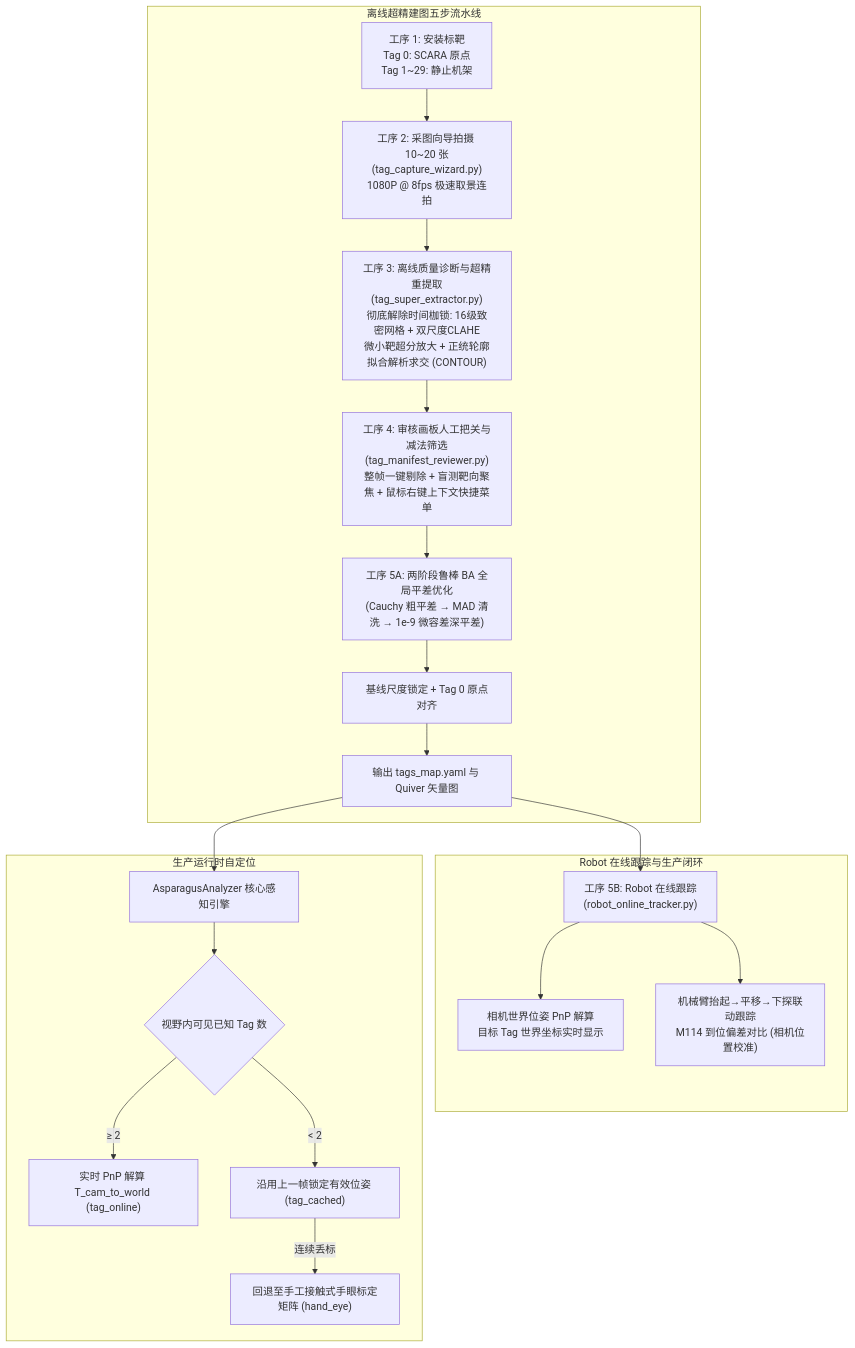
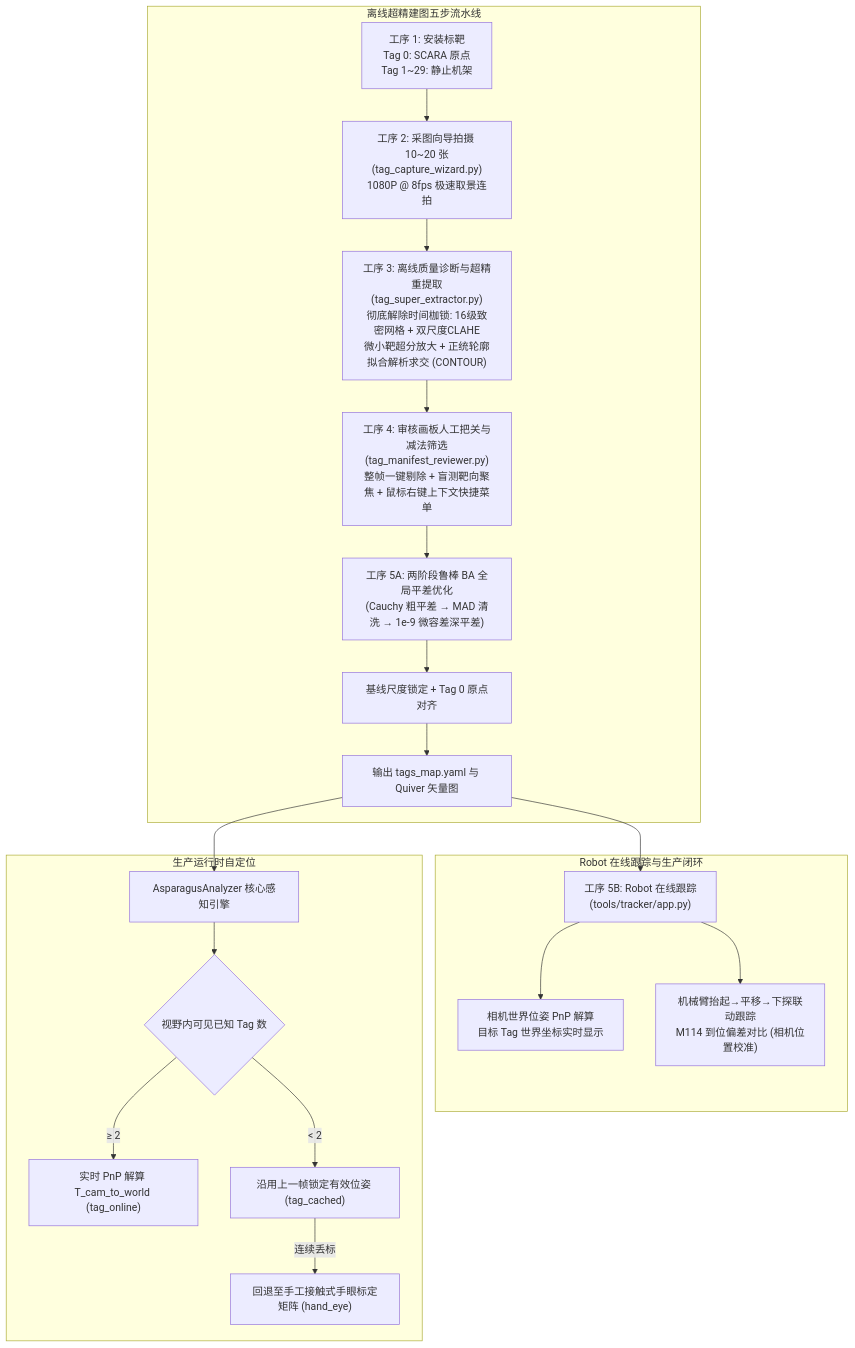
The diagram in docs/apriltag_calibration.md (voicevon/flux_vision_3d), drawn with Mermaid before and after one commit. The commit also changed other lines of this file and 25 other files, not shown here.

````diff
--- a/docs/apriltag_calibration.md
+++ b/docs/apriltag_calibration.md
@@ -103,25 +103,25 @@
 ```mermaid
 graph TD
     subgraph 离线超精建图五步流水线
         A["工序 1: 安装标靶<br>Tag 0: SCARA 原点<br>Tag 1~29: 静止机架"] --> B["工序 2: 采图向导拍摄 10~20 张<br>(tag_capture_wizard.py)<br>1080P @ 8fps 极速取景连拍"]
         B --> C["工序 3: 离线质量诊断与超精重提取<br>(tag_super_extractor.py)<br>彻底解除时间枷锁: 16级致密网格 + 双尺度CLAHE<br>微小靶超分放大 + 正统轮廓拟合解析求交 (CONTOUR)"]
         C --> D["工序 4: 审核画板人工把关与减法筛选<br>(tag_manifest_reviewer.py)<br>整帧一键剔除 + 盲测靶向聚焦 + 鼠标右键上下文快捷菜单"]
         D --> E["工序 5A: 两阶段鲁棒 BA 全局平差优化<br>(Cauchy 粗平差 → MAD 清洗 → 1e-9 微容差深平差)"]
         E --> F["基线尺度锁定 + Tag 0 原点对齐"]
         F --> G["输出 tags_map.yaml 与 Quiver 矢量图"]
     end
 
     subgraph Robot 在线跟踪与生产闭环
-        G --> H["工序 5B: Robot 在线跟踪<br>(robot_online_tracker.py)"]
+        G --> H["工序 5B: Robot 在线跟踪<br>(tools/tracker/app.py)"]
         H --> I["相机世界位姿 PnP 解算<br>目标 Tag 世界坐标实时显示"]
         H --> J["机械臂抬起→平移→下探联动跟踪<br>M114 到位偏差对比 (相机位置校准)"]
     end
 
     subgraph 生产运行时自定位
         G --> M["AsparagusAnalyzer 核心感知引擎"]
         M --> N{"视野内可见已知 Tag 数"}
         N -- "≥ 2" --> O["实时 PnP 解算 T_cam_to_world (tag_online)"]
         N -- "< 2" --> P["沿用上一帧锁定有效位姿 (tag_cached)"]
         P -- "连续丢标" --> Q["回退至手工接触式手眼标定矩阵 (hand_eye)"]
     end
 ```
````
